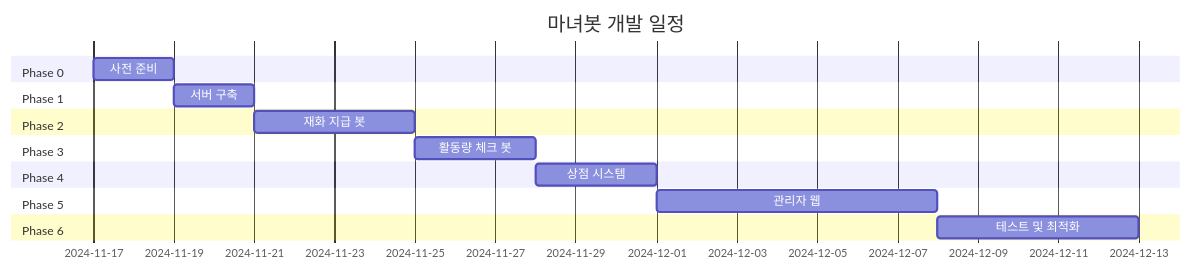
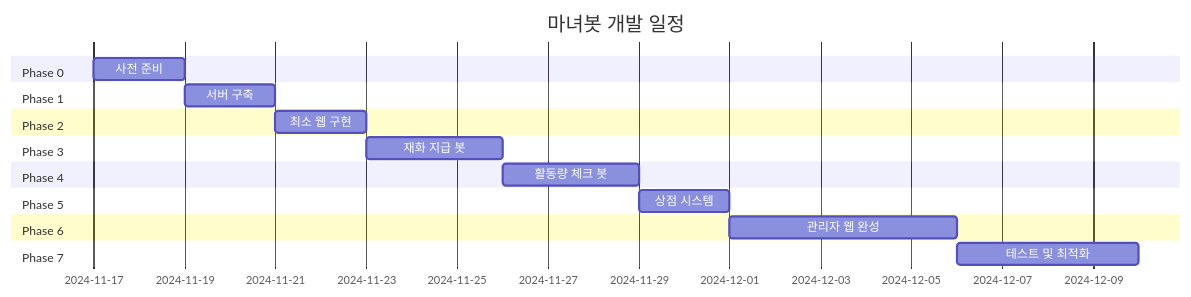
Before and after one commit to NinoNinoNinoling/commumanager: the diagram in docs/로드맵.md, drawn with Mermaid. The commit also changed other lines of this file and 8 other files, not shown here.

````diff
--- a/docs/로드맵.md
+++ b/docs/로드맵.md
@@ -5,19 +5,21 @@
 ```mermaid
 gantt
     title 마녀봇 개발 일정
     dateFormat  YYYY-MM-DD
     section Phase 0
     사전 준비           :p0, 2024-11-17, 2d
     section Phase 1
     서버 구축           :p1, after p0, 2d
     section Phase 2
-    재화 지급 봇        :p2, after p1, 4d
+    최소 웹 구현        :p2, after p1, 2d
     section Phase 3
-    활동량 체크 봇      :p3, after p2, 3d
+    재화 지급 봇        :p3, after p2, 3d
     section Phase 4
-    상점 시스템         :p4, after p3, 3d
+    활동량 체크 봇      :p4, after p3, 3d
     section Phase 5
-    관리자 웹           :p5, after p4, 7d
+    상점 시스템         :p5, after p4, 2d
     section Phase 6
-    테스트 및 최적화    :p6, after p5, 5d
+    관리자 웹 완성      :p6, after p5, 5d
+    section Phase 7
+    테스트 및 최적화    :p7, after p6, 4d
 ```
````
